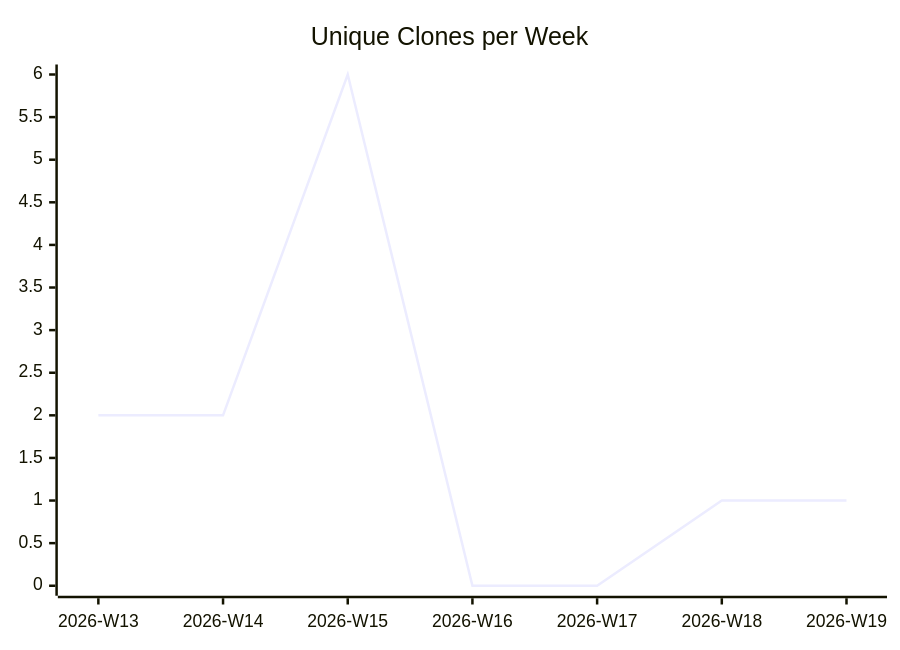
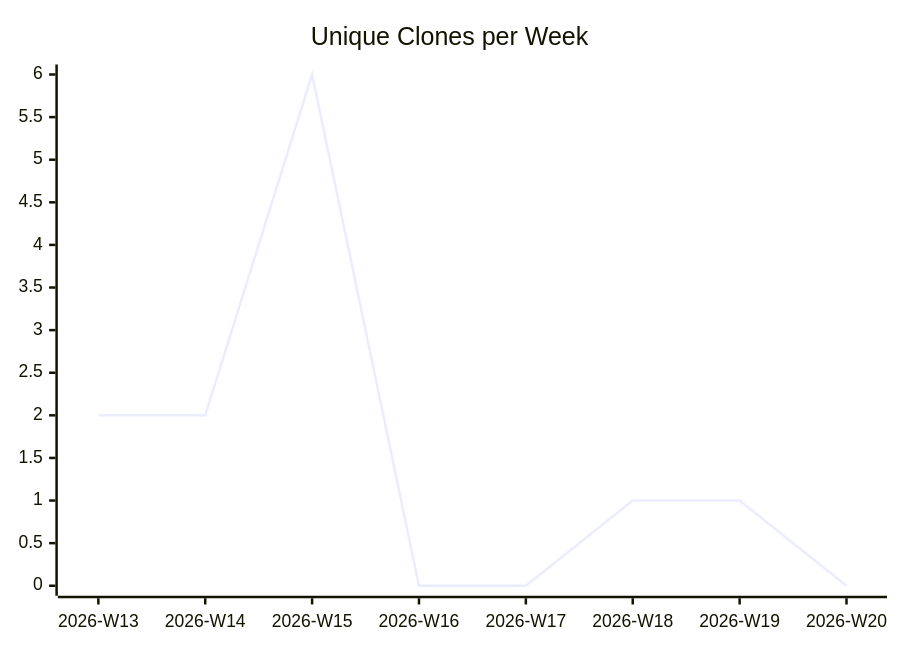
The third of 3 diagrams in karlmdavis/m2e-core-tests/README.md (justdavis-family/github-analytics-data), drawn with Mermaid before and after one commit. The commit also changed other lines of this file and 176 other files, not shown here.

````diff
--- a/karlmdavis/m2e-core-tests/README.md
+++ b/karlmdavis/m2e-core-tests/README.md
@@ -19,6 +19,6 @@
 ```mermaid
 xychart-beta
   title "Unique Clones per Week"
-  x-axis ["2026-W13", "2026-W14", "2026-W15", "2026-W16", "2026-W17", "2026-W18", "2026-W19"]
-  line [2, 2, 6, 0, 0, 1, 1]
+  x-axis ["2026-W13", "2026-W14", "2026-W15", "2026-W16", "2026-W17", "2026-W18", "2026-W19", "2026-W20"]
+  line [2, 2, 6, 0, 0, 1, 1, 0]
 ```
````
